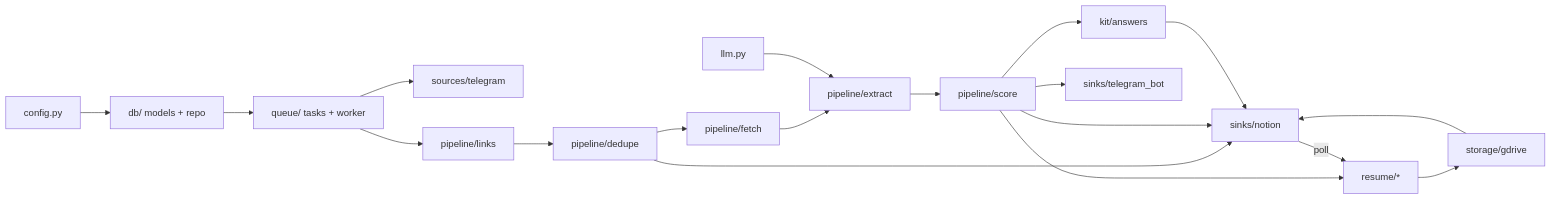
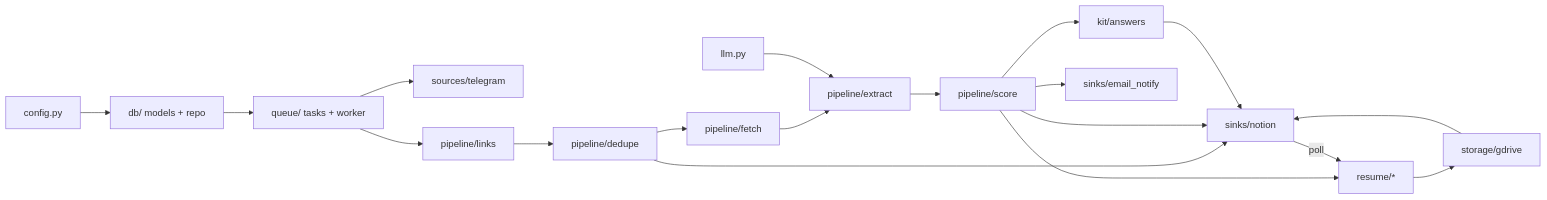
Before and after one commit to ThePlator/JobRadar: the second of 2 diagrams in PLAN.md, drawn with Mermaid. The commit also changed other lines of this file and 13 other files, not shown here.

````diff
--- a/PLAN.md
+++ b/PLAN.md
@@ -49,15 +49,15 @@
 ```mermaid
 flowchart LR
     CFG[config.py] --> DB[db/ models + repo]
     DB --> Q[queue/ tasks + worker]
     Q --> SRC[sources/telegram]
     Q --> LINKS[pipeline/links] --> DED[pipeline/dedupe]
     DED --> NOTION[sinks/notion]
     DED --> FETCH[pipeline/fetch] --> EXT[pipeline/extract]
     LLM[llm.py] --> EXT --> SCORE[pipeline/score]
     SCORE --> NOTION
     SCORE --> RES[resume/*] --> GD[storage/gdrive] --> NOTION
     SCORE --> KIT[kit/answers] --> NOTION
-    SCORE --> BOT[sinks/telegram_bot]
+    SCORE --> MAIL[sinks/email_notify]
     NOTION -- poll --> RES
 ```
````
